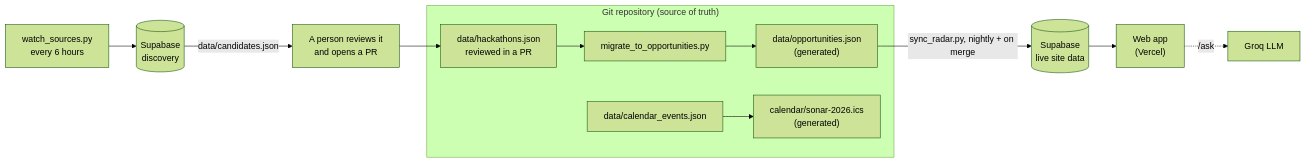
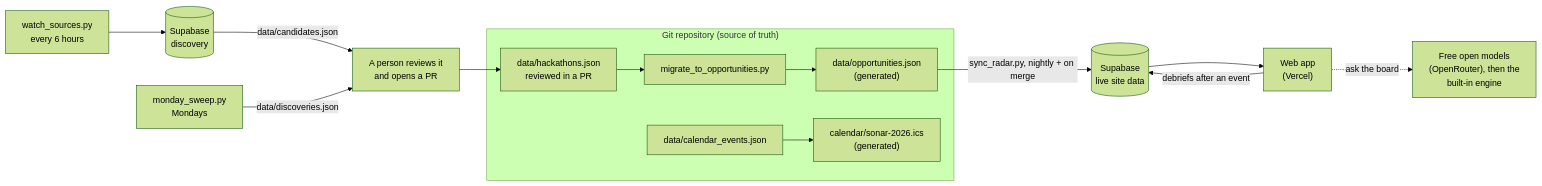
One commit to Sibusiso-K/SONAR changed the diagram in README.md. Above: the diagram before and after it, drawn with Mermaid (forest theme). The commit also changed other lines of this file and 7 other files, not shown here.

````diff
--- a/README.md
+++ b/README.md
@@ -14,14 +14,16 @@
 ```mermaid
 flowchart LR
   subgraph repo["Git repository (source of truth)"]
     H["data/hackathons.json<br/>reviewed in a PR"] --> M["migrate_to_opportunities.py"]
     M --> O["data/opportunities.json<br/>(generated)"]
     E["data/calendar_events.json"] --> I["calendar/sonar-2026.ics<br/>(generated)"]
   end
   O -->|"sync_radar.py, nightly + on merge"| DB[("Supabase<br/>live site data")]
   DB --> W["Web app<br/>(Vercel)"]
-  W -.->|"/ask"| G["Groq LLM"]
+  W -.->|"ask the board"| G["Free open models<br/>(OpenRouter), then the<br/>built-in engine"]
+  W -->|"debriefs after an event"| DB
   WS["watch_sources.py<br/>every 6 hours"] --> D[("Supabase<br/>discovery")]
   D -->|"data/candidates.json"| R["A person reviews it<br/>and opens a PR"]
+  MS["monday_sweep.py<br/>Mondays"] -->|"data/discoveries.json"| R
   R --> H
 ```
````
